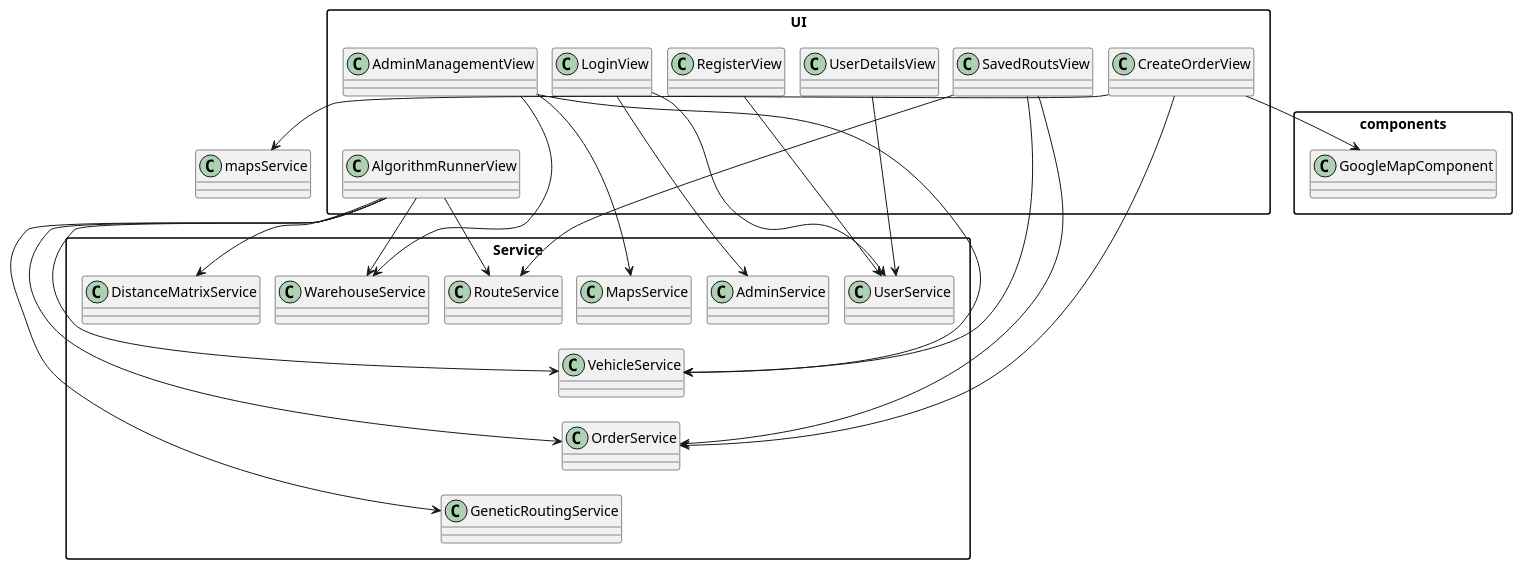
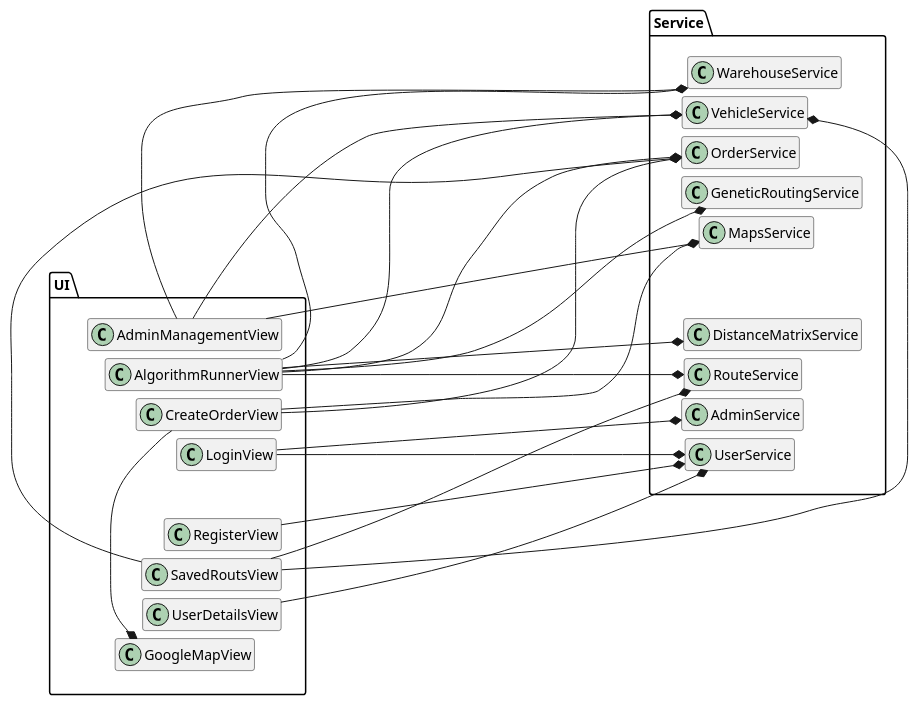
One commit to yahavrabi/smart_delivery_proj changed the diagram in BOOK/uml-diagrams/Class UML/UiServiceUML.puml. Above: the diagram before and after it, drawn with PlantUML. The commit also changed 14 other files, not shown here.

Commit message:
updated books, UML's and architecture 27/5/2026 15:05

```diff
--- a/BOOK/uml-diagrams/Class UML/UiServiceUML.puml
+++ b/BOOK/uml-diagrams/Class UML/UiServiceUML.puml
@@ -1,67 +1,78 @@
 @startuml
-skinparam rankdir TB
-skinparam nodesep 15
-skinparam ranksep 25
-skinparam packageStyle rectangle
+skinparam classAttributeIconSize 0
+skinparam ranksep 1
+skinparam nodesep 30
+hide members
 
 package "UI" {
-    class AdminManagementView
-    class AlgorithmRunnerView
-    class CreateOrderView
-    class LoginView
-    class RegisterView
-    class SavedRoutsView
-    class UserDetailsView
+ class AdminManagementView
+ class AlgorithmRunnerView
+ class CreateOrderView
+ class LoginView
+ class RegisterView
+ class SavedRoutsView
+ class UserDetailsView
+ class GoogleMapView
+
+    ' אילוץ מבנה אנכי מדויק בתוך החבילה
+    AdminManagementView -[hidden]down- AlgorithmRunnerView
+    AlgorithmRunnerView -[hidden]down- CreateOrderView
+    CreateOrderView -[hidden]down- LoginView
+    LoginView -[hidden]down- RegisterView
+    RegisterView -[hidden]down- SavedRoutsView
+    SavedRoutsView -[hidden]down- UserDetailsView
+    UserDetailsView -[hidden]down- GoogleMapView
 }
 
 package "Service" {
-    class WarehouseService
-    class VehicleService
-    class OrderService
-    class GeneticRoutingService
-    class MapsService
-    class DistanceMatrixService
-    class RouteService
-    class AdminService
-    class UserService
+ class WarehouseService
+ class VehicleService
+ class OrderService
+ class GeneticRoutingService
+ class MapsService
+ class DistanceMatrixService
+ class RouteService
+ class AdminService
+ class UserService
+
+    ' אילוץ מבנה אנכי מדויק בתוך החבילה
+    WarehouseService -[hidden]down- VehicleService
+    VehicleService -[hidden]down- OrderService
+    OrderService -[hidden]down- GeneticRoutingService
+    GeneticRoutingService -[hidden]down- MapsService
+    MapsService -[hidden]down- DistanceMatrixService
+    DistanceMatrixService -[hidden]down- RouteService
+    RouteService -[hidden]down- AdminService
+    AdminService -[hidden]down- UserService
 }
 
-package "components"{
-    class GoogleMapComponent
-}
+' הגדרת קשרי תלות (Dependency) מקצה לקצה עם כיוון ברור ימינה
+AdminManagementView -up-* WarehouseService
+AdminManagementView -up-* VehicleService
+AdminManagementView -up-* MapsService
 
-' הגדרת קשרי תלות (Dependency)
-AdminManagementView --> WarehouseService
-AdminManagementView --> VehicleService
-AdminManagementView --> MapsService
+AlgorithmRunnerView -up-* OrderService
+AlgorithmRunnerView -up-* VehicleService
+AlgorithmRunnerView -up-* WarehouseService
+AlgorithmRunnerView -up-* GeneticRoutingService
+AlgorithmRunnerView -up-* DistanceMatrixService
+AlgorithmRunnerView -up-* RouteService
 
-AlgorithmRunnerView --> OrderService
-AlgorithmRunnerView --> VehicleService
-AlgorithmRunnerView --> WarehouseService
-AlgorithmRunnerView --> GeneticRoutingService
-AlgorithmRunnerView --> DistanceMatrixService
-AlgorithmRunnerView --> RouteService
+CreateOrderView -up-* MapsService
+CreateOrderView -up-* OrderService
+' קשר בתוך חבילת ה-UI ולכן לא מכריחים אותו ימינה
+CreateOrderView --* GoogleMapView 
 
-CreateOrderView --> mapsService
-CreateOrderView --> OrderService
-CreateOrderView --> GoogleMapComponent
+LoginView -up-* AdminService
+LoginView -up-* UserService
 
-LoginView --> AdminService
-LoginView --> UserService
+RegisterView -up-* UserService
 
-RegisterView --> UserService
+SavedRoutsView -up-* RouteService
+SavedRoutsView -up-* VehicleService
+SavedRoutsView -up-* OrderService
 
-SavedRoutsView --> RouteService
-SavedRoutsView --> VehicleService
-SavedRoutsView --> OrderService
+UserDetailsView -up-* UserService
 
-UserDetailsView --> UserService
-
-' אילוץ מבנה אנכי הדוק למניעת רוחב
-AdminManagementView -[hidden]down- AlgorithmRunnerView
-
-WarehouseService -[hidden]down- VehicleService
-VehicleService -[hidden]down- OrderService
-OrderService -[hidden]down- GeneticRoutingService
-
+UI -[hidden]- Service
 @enduml
```
